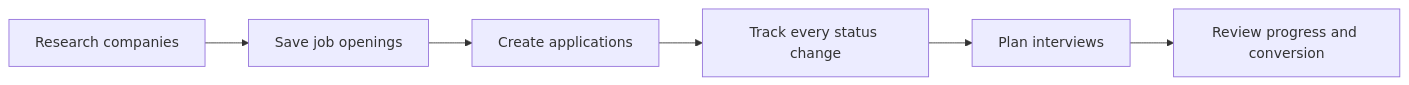
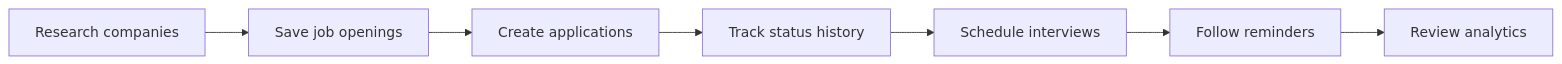
One commit to anous341256/job-tracker changed the first of 3 diagrams in README.md. Above: the diagram before and after it, drawn with Mermaid. The commit also changed other lines of this file and 57 other files, not shown here.

````diff
--- a/README.md
+++ b/README.md
@@ -23,8 +18,9 @@
 ```mermaid
 flowchart LR
     A[Research companies] --> B[Save job openings]
     B --> C[Create applications]
-    C --> D[Track every status change]
-    D --> E[Plan interviews]
-    E --> F[Review progress and conversion]
+    C --> D[Track status history]
+    D --> E[Schedule interviews]
+    E --> F[Follow reminders]
+    F --> G[Review analytics]
 ```
````
